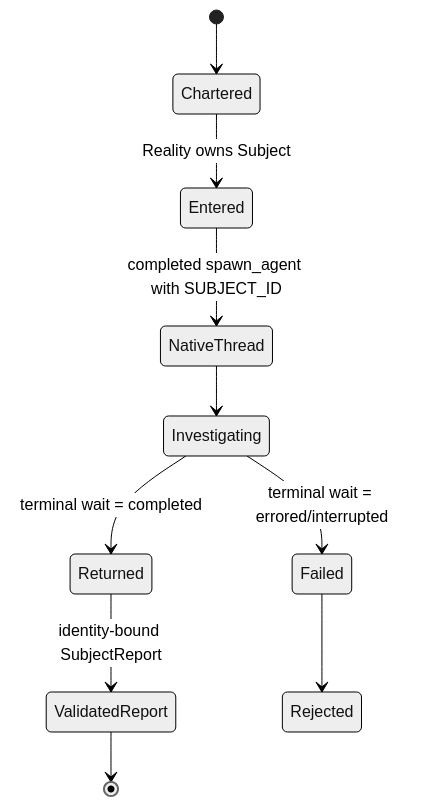
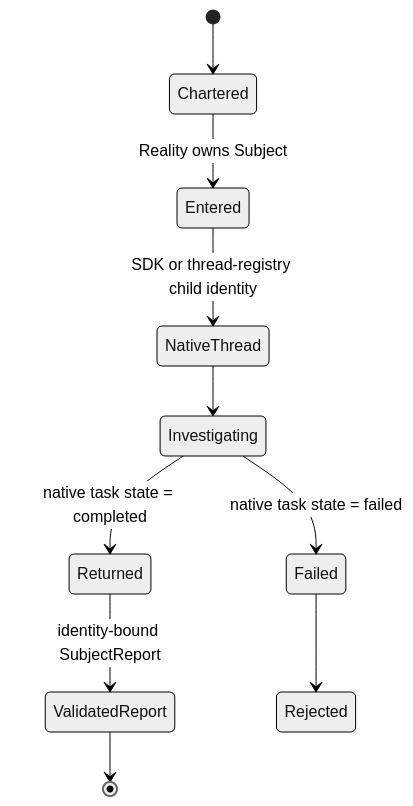
Before and after one commit to alangunning/inception-reality-engine: the second of 6 diagrams in docs/RUNTIME_FLOWS.md, drawn with Mermaid (neutral theme). The commit also changed other lines of this file and 28 other files, not shown here.

````diff
--- a/docs/RUNTIME_FLOWS.md
+++ b/docs/RUNTIME_FLOWS.md
@@ -58,12 +58,12 @@
 ```mermaid
 stateDiagram-v2
   [*] --> Chartered
   Chartered --> Entered: Reality owns Subject
-  Entered --> NativeThread: completed spawn_agent with SUBJECT_ID
+  Entered --> NativeThread: SDK or thread-registry child identity
   NativeThread --> Investigating
-  Investigating --> Returned: terminal wait = completed
-  Investigating --> Failed: terminal wait = errored/interrupted
+  Investigating --> Returned: native task state = completed
+  Investigating --> Failed: native task state = failed
   Returned --> ValidatedReport: identity-bound SubjectReport
   Failed --> Rejected
   ValidatedReport --> [*]
 ```
````
